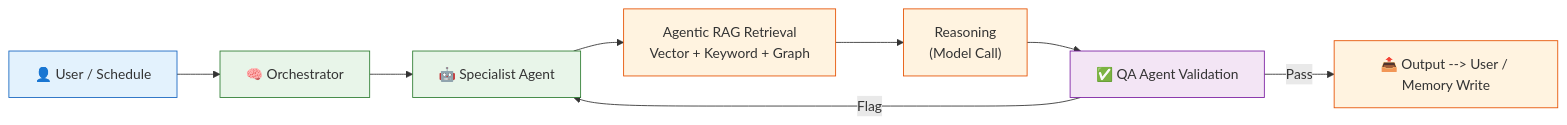
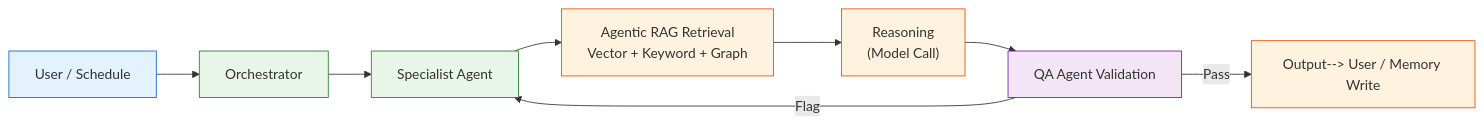
The first of 3 diagrams in docs/ai/README.md (Driftloom/Vaeloom), drawn with Mermaid before and after one commit. The commit also changed other lines of this file and 694 other files, not shown here.

First line of the commit message:
docs: mermaid standardization — encoding/mermaid/duplicate cleanup

````diff
--- a/docs/ai/README.md
+++ b/docs/ai/README.md
@@ -60,21 +60,21 @@
 ```mermaid
 graph LR
-    U["👤 User / Schedule"] --> O["🧠 Orchestrator"]
-    O --> SA["🤖 Specialist Agent"]
-    SA --> RAG["Agentic RAG Retrieval<br/>Vector + Keyword + Graph"]
-    RAG --> RE["Reasoning<br/>(Model Call)"]
-    RE --> QA["✅ QA Agent Validation"]
-    QA -->|Pass| OUT["📤 Output --> User / Memory Write"]
-    QA -->|Flag| SA
+ U["User / Schedule"]--> O["Orchestrator"]
+ O--> SA["Specialist Agent"]
+ SA--> RAG["Agentic RAG Retrieval<br/>Vector + Keyword + Graph"]
+ RAG--> RE["Reasoning<br/>(Model Call)"]
+ RE--> QA["QA Agent Validation"]
+ QA-->|Pass| OUT["Output--> User / Memory Write"]
+ QA-->|Flag| SA
 
-    classDef user fill:#e3f2fd,stroke:#1565c0
-    classDef agent fill:#e8f5e9,stroke:#2e7d32
-    classDef process fill:#fff3e0,stroke:#e65100
-    classDef gate fill:#f3e5f5,stroke:#7b1fa2
+ classDef user fill:#e3f2fd,stroke:#1565c0
+ classDef agent fill:#e8f5e9,stroke:#2e7d32
+ classDef process fill:#fff3e0,stroke:#e65100
+ classDef gate fill:#f3e5f5,stroke:#7b1fa2
 
-    class U user
-    class O,SA agent
-    class RAG,RE process
-    class QA gate
-    class OUT process
+ class U user
+ class O,SA agent
+ class RAG,RE process
+ class QA gate
+ class OUT process
 ```
````
